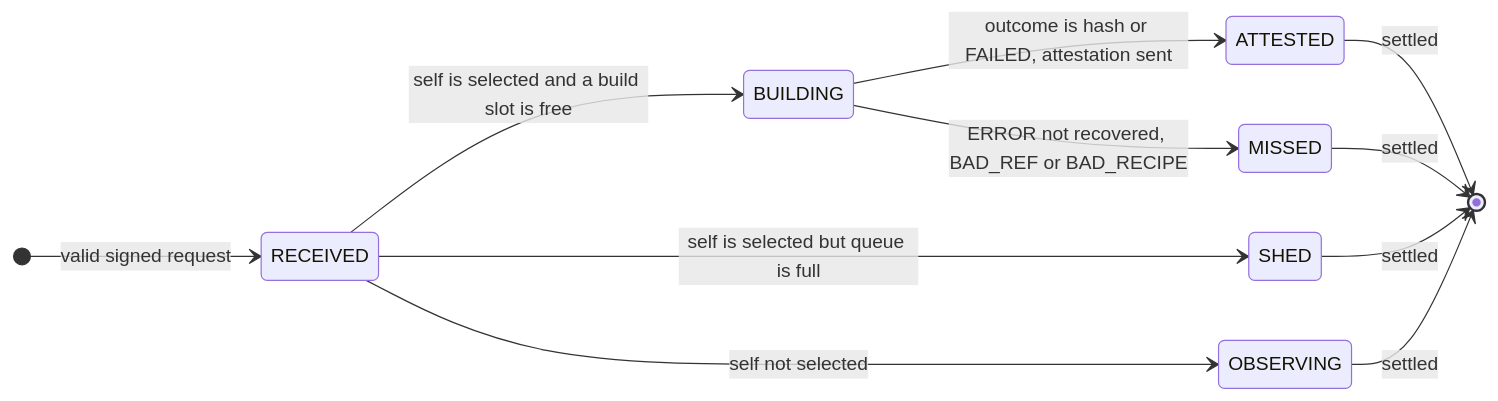
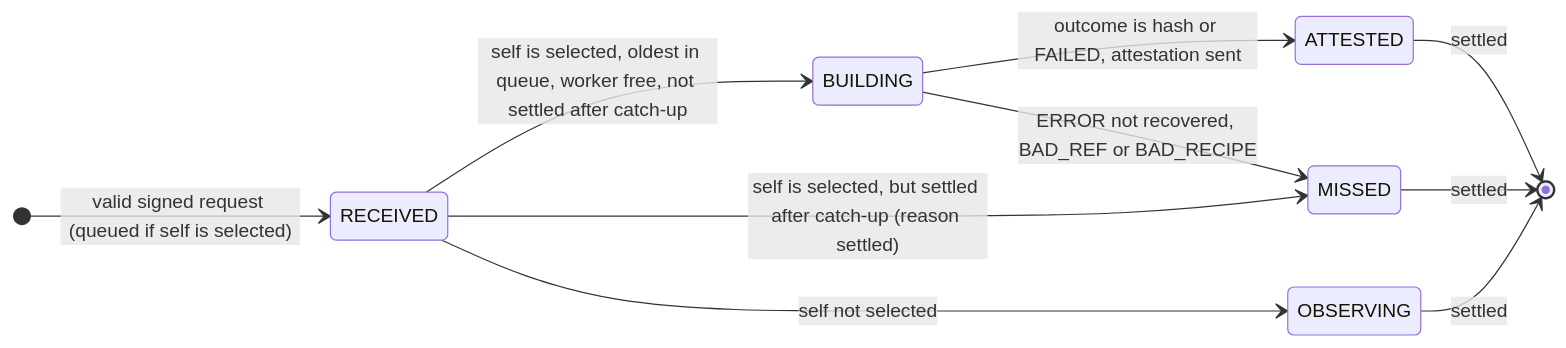
One commit to ChaoticNebula5/Matrix changed the third of 3 diagrams in Matrix_RFC_001.md. Above: the diagram before and after it, drawn with Mermaid. The commit also changed other lines of this file and 8 other files, not shown here.

````diff
--- a/Matrix_RFC_001.md
+++ b/Matrix_RFC_001.md
@@ -426,14 +480,13 @@
 ```mermaid
 stateDiagram-v2
     direction LR
-    [*] --> RECEIVED: valid signed request
-    RECEIVED --> BUILDING: self is selected and a build slot is free
-    RECEIVED --> SHED: self is selected but queue is full
+    [*] --> RECEIVED: valid signed request (queued if self is selected)
+    RECEIVED --> BUILDING: self is selected, oldest in queue, worker free, not settled after catch-up
+    RECEIVED --> MISSED: self is selected, but settled after catch-up (reason settled)
     RECEIVED --> OBSERVING: self not selected
     BUILDING --> ATTESTED: outcome is hash or FAILED, attestation sent
     BUILDING --> MISSED: ERROR not recovered, BAD_REF or BAD_RECIPE
     ATTESTED --> [*]: settled
     MISSED --> [*]: settled
-    SHED --> [*]: settled
     OBSERVING --> [*]: settled
 ```
````
